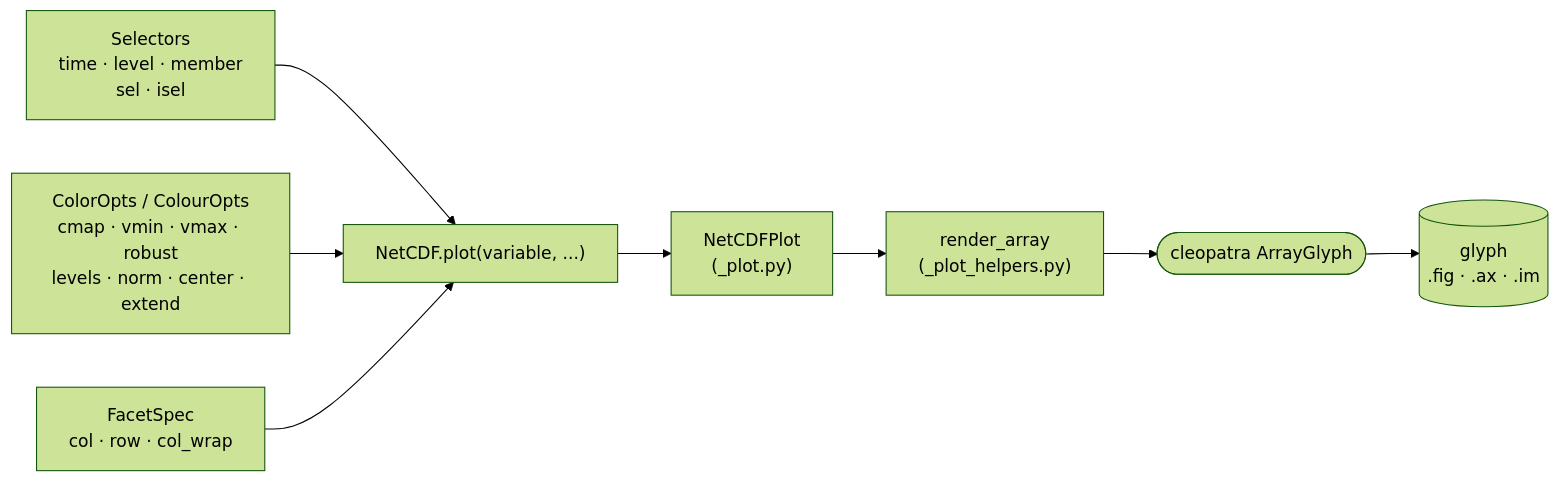
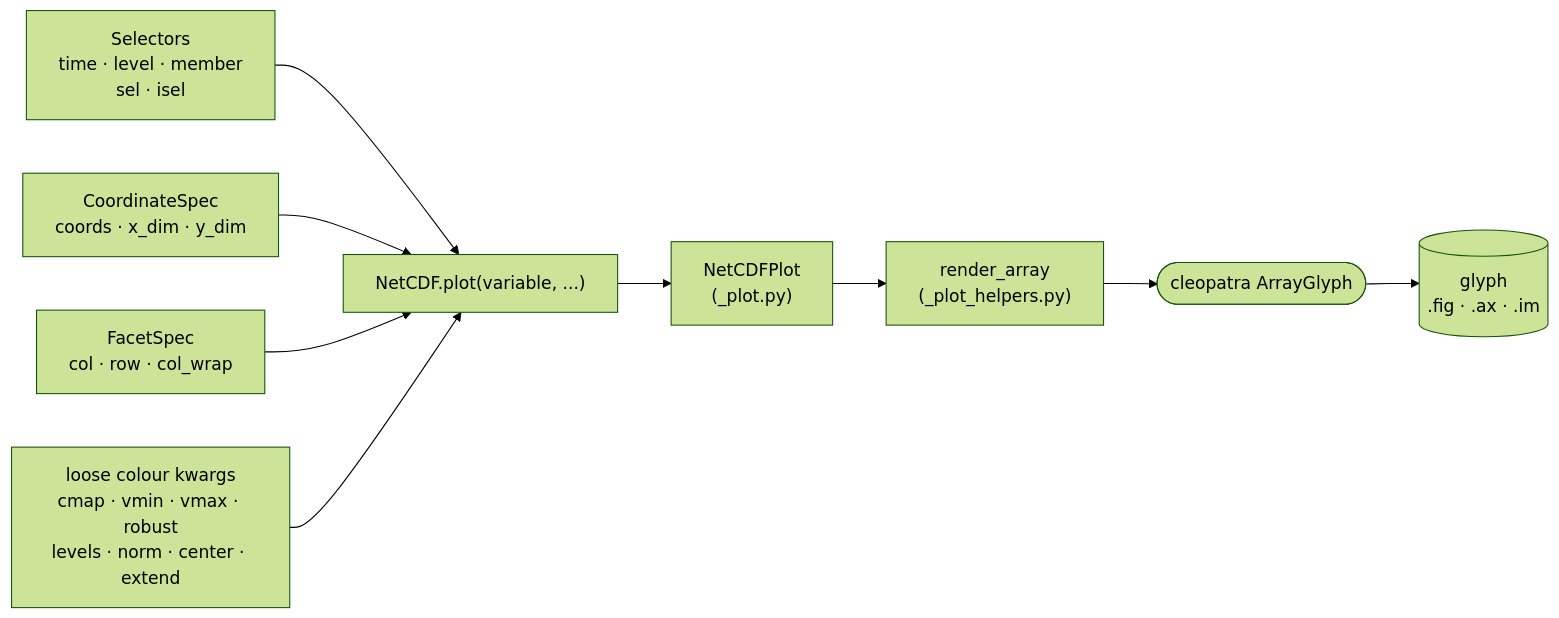
The diagram in docs/reference/netcdf/plot.md (serapeum-org/pyramids), drawn with Mermaid (forest theme) before and after one commit. The commit also changed other lines of this file and 19 other files, not shown here.

````diff
--- a/docs/reference/netcdf/plot.md
+++ b/docs/reference/netcdf/plot.md
@@ -17,13 +17,15 @@
 ```mermaid
 flowchart LR
     SEL["Selectors<br/>time · level · member<br/>sel · isel"]
-    COL["ColorOpts / ColourOpts<br/>cmap · vmin · vmax · robust<br/>levels · norm · center · extend"]
+    AXES["CoordinateSpec<br/>coords · x_dim · y_dim"]
     FAC["FacetSpec<br/>col · row · col_wrap"]
+    KW["loose colour kwargs<br/>cmap · vmin · vmax · robust<br/>levels · norm · center · extend"]
     SEL --> P["NetCDF.plot(variable, ...)"]
-    COL --> P
+    AXES --> P
     FAC --> P
+    KW --> P
     P --> NP["NetCDFPlot<br/>(_plot.py)"]
     NP --> RA["render_array<br/>(_plot_helpers.py)"]
     RA --> CG(["cleopatra ArrayGlyph"])
     CG --> FIG[("glyph<br/>.fig · .ax · .im")]
 ```
````
